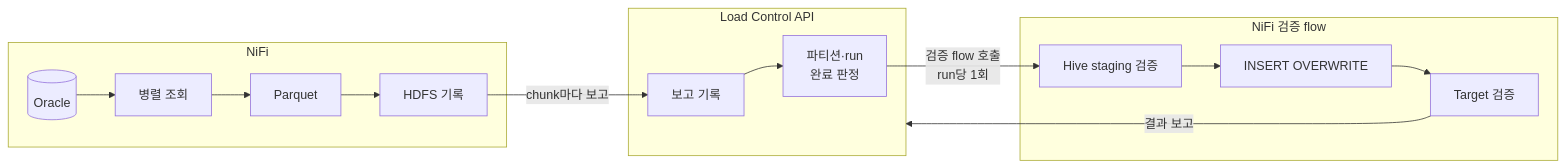
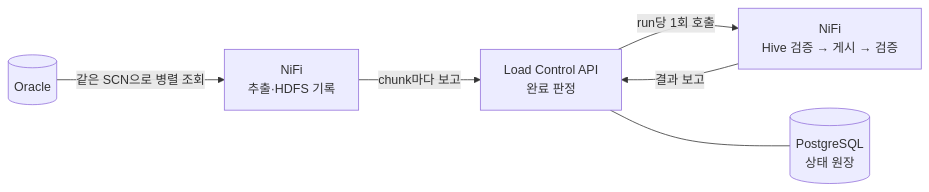
One commit to DataDynamics/nifi-sqoop-removal changed the second of 2 diagrams in README.md. Above: the diagram before and after it, drawn with Mermaid. The commit also changed other lines of this file and 53 other files, not shown here.

````diff
--- a/README.md
+++ b/README.md
@@ -20,15 +14,8 @@
 ```mermaid
 flowchart LR
-    subgraph N1[NiFi]
-        A[(Oracle)] --> B[병렬 조회] --> C[Parquet] --> D[HDFS 기록]
-    end
-    subgraph API[Load Control API]
-        E[보고 기록] --> F[파티션·run<br/>완료 판정]
-    end
-    subgraph N2[NiFi 검증 flow]
-        G[Hive staging 검증] --> H[INSERT OVERWRITE] --> I[Target 검증]
-    end
-    D -->|chunk마다 보고| E
-    F -->|검증 flow 호출<br/>run당 1회| G
-    I -->|결과 보고| API
+    O[(Oracle)] -->|같은 SCN으로 병렬 조회| N1[NiFi<br/>추출·HDFS 기록]
+    N1 -->|chunk마다 보고| API[Load Control API<br/>완료 판정]
+    API -->|run당 1회 호출| N2[NiFi<br/>Hive 검증 → 게시 → 검증]
+    N2 -->|결과 보고| API
+    API --- DB[(PostgreSQL<br/>상태 원장)]
 ```
````
